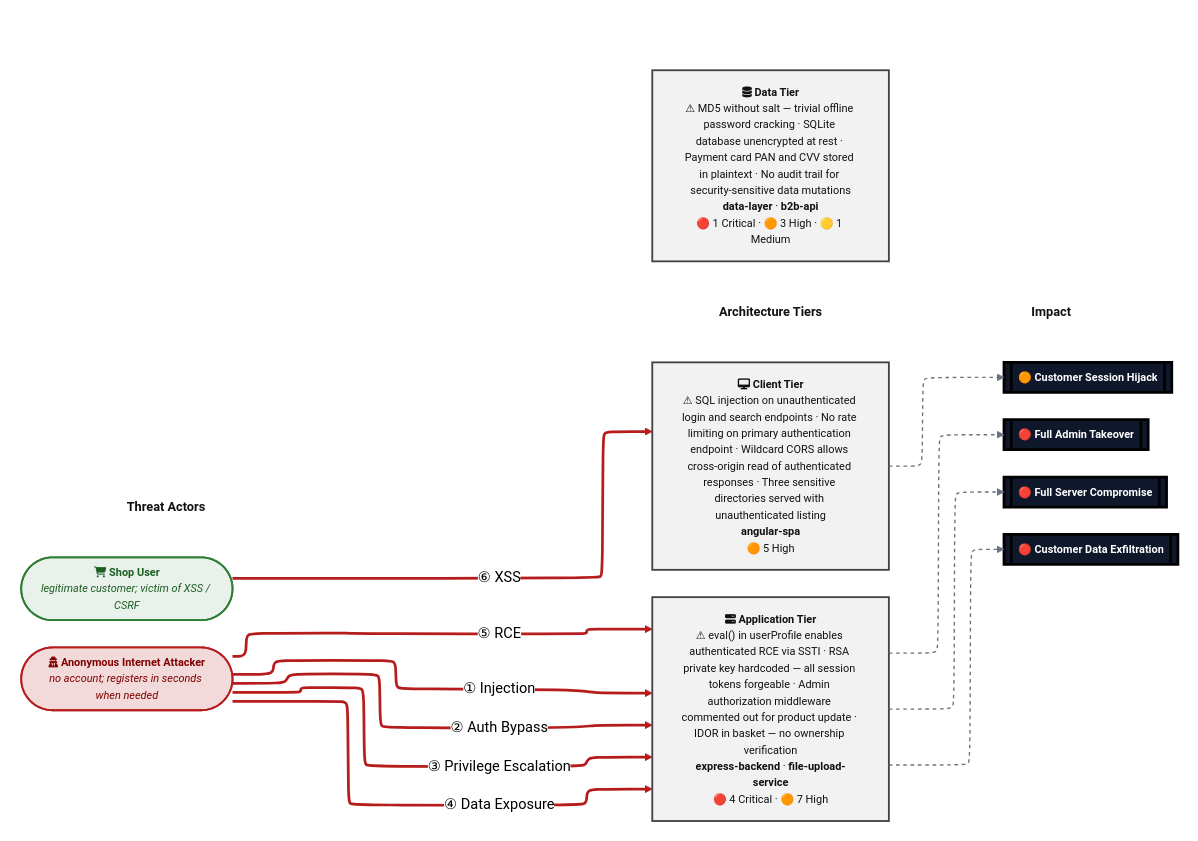
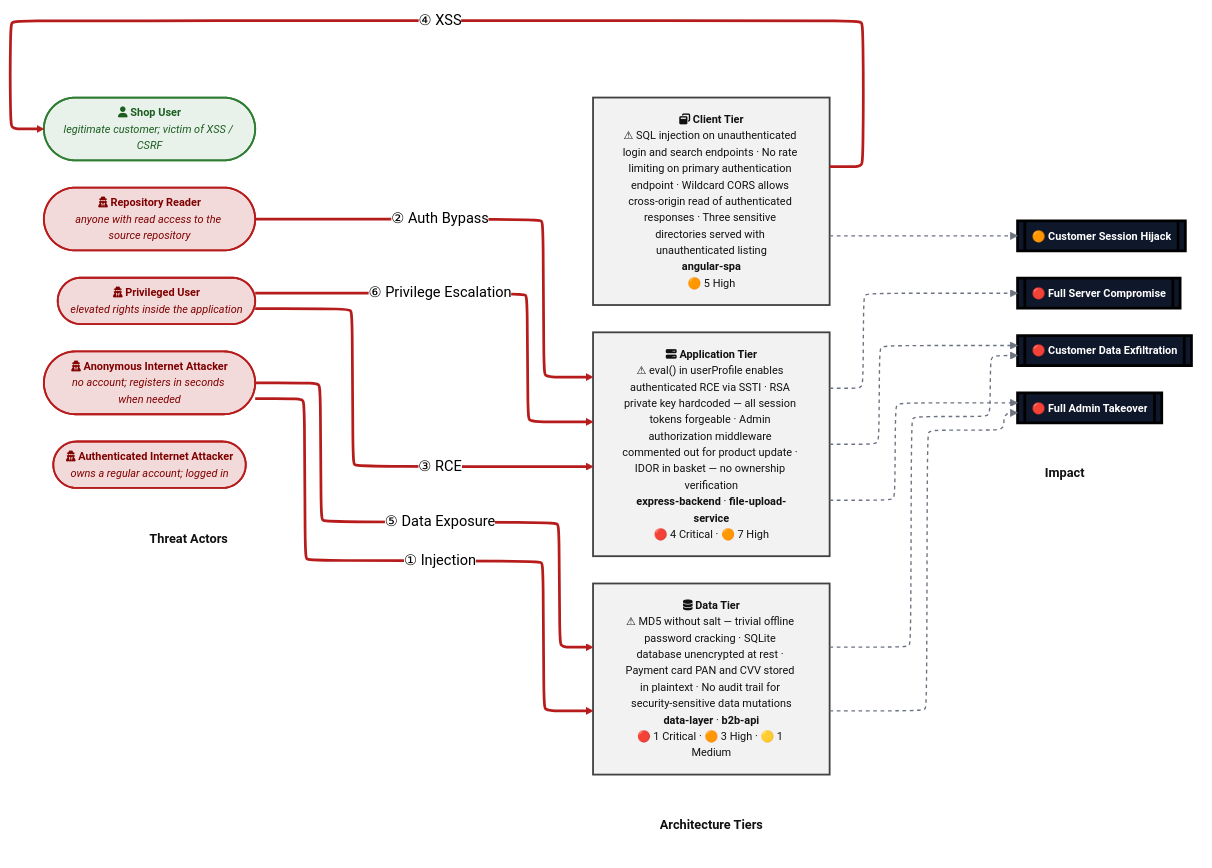
The first of 18 diagrams in examples/threat-modeler/threat-mode-juice-shop-standard.md (appsec-foundry/appsec-advisor), drawn with Mermaid (neutral theme) before and after one commit. The commit also changed other lines of this file and 9 other files, not shown here.

Commit message:
mermaid diagrams improved

````diff
--- a/examples/threat-modeler/threat-mode-juice-shop-standard.md
+++ b/examples/threat-modeler/threat-mode-juice-shop-standard.md
@@ -98,74 +98,79 @@
 ```mermaid
 %%{init: {"flowchart": {"defaultRenderer": "elk", "nodeSpacing": 40, "rankSpacing": 80}} }%%
 flowchart LR
     subgraph ACTORS[" "]
         direction TB
         HDR_A["<b>Threat Actors</b>"]:::columnHeader
-        SHOPUSER(["<b>fa:fa-shopping-cart Shop User</b><br/><i>legitimate customer; victim of XSS / CSRF</i>"]):::actorShopUser
-        ANON(["<b>fa:fa-user-secret Anonymous Internet Attacker</b><br/><i>no account; registers in seconds when needed</i>"]):::actorAnon
+        SHOPUSER(["fa:fa-user <b>Shop User</b><br/><i>legitimate customer; victim of XSS / CSRF</i>"]):::actorShopUser
+        ANON(["fa:fa-user-secret <b>Anonymous Internet Attacker</b><br/><i>no account; registers in seconds when needed</i>"]):::actorAnon
+        INTERNET_USER(["fa:fa-user-secret <b>Authenticated Internet Attacker</b><br/><i>owns a regular account; logged in</i>"]):::actorAnon
+        INTERNET_PRIV_USER(["fa:fa-user-secret <b>Privileged User</b><br/><i>elevated rights inside the application</i>"]):::actorAnon
+        REPO_READ(["fa:fa-user-secret <b>Repository Reader</b><br/><i>anyone with read access to the source repository</i>"]):::actorAnon
     end
 
     subgraph TIERS[" "]
         direction TB
         HDR_T["<b>Architecture Tiers</b>"]:::columnHeader
-        BROWSER["<b>fa:fa-desktop Client Tier</b><br/>⚠ SQL injection on unauthenticated login and search endpoints · No rate limiting on primary authentication endpoint · Wildcard CORS allows cross-origin read of authenticated responses · Three sensitive directories served with unauthenticated listing<br/><b>angular-spa</b><br/>🟠 5 High"]:::tierClient
-        SERVER["<b>fa:fa-server Application Tier</b><br/>⚠ eval() in userProfile enables authenticated RCE via SSTI · RSA private key hardcoded — all session tokens forgeable · Admin authorization middleware commented out for product update · IDOR in basket — no ownership verification<br/><b>express-backend</b> · <b>file-upload-service</b><br/>🔴 4 Critical · 🟠 7 High"]:::tierApp
-        DATA["<b>fa:fa-database Data Tier</b><br/>⚠ MD5 without salt — trivial offline password cracking · SQLite database unencrypted at rest · Payment card PAN and CVV stored in plaintext · No audit trail for security-sensitive data mutations<br/><b>data-layer</b> · <b>b2b-api</b><br/>🔴 1 Critical · 🟠 3 High · 🟡 1 Medium"]:::tierData
+        BROWSER["fa:fa-window-restore <b>Client Tier</b><br/>⚠ SQL injection on unauthenticated login and search endpoints · No rate limiting on primary authentication endpoint · Wildcard CORS allows cross-origin read of authenticated responses · Three sensitive directories served with unauthenticated listing<br/><b>angular-spa</b><br/>🟠 5 High"]:::tierClient
+        SERVER["fa:fa-server <b>Application Tier</b><br/>⚠ eval() in userProfile enables authenticated RCE via SSTI · RSA private key hardcoded — all session tokens forgeable · Admin authorization middleware commented out for product update · IDOR in basket — no ownership verification<br/><b>express-backend</b> · <b>file-upload-service</b><br/>🔴 4 Critical · 🟠 7 High"]:::tierApp
+        DATA["fa:fa-database <b>Data Tier</b><br/>⚠ MD5 without salt — trivial offline password cracking · SQLite database unencrypted at rest · Payment card PAN and CVV stored in plaintext · No audit trail for security-sensitive data mutations<br/><b>data-layer</b> · <b>b2b-api</b><br/>🔴 1 Critical · 🟠 3 High · 🟡 1 Medium"]:::tierData
     end
 
     subgraph IMPACT[" "]
         direction TB
         HDR_I["<b>Impact</b>"]:::columnHeader
         CUSTOMER_SESSION_HIJACK[["🟠 <b>Customer Session Hijack</b>"]]:::impact
         FULL_ADMIN_TAKEOVER[["🔴 <b>Full Admin Takeover</b>"]]:::impact
         FULL_SERVER_COMPROMISE[["🔴 <b>Full Server Compromise</b>"]]:::impact
         CUSTOMER_DATA_EXFILTRATION[["🔴 <b>Customer Data Exfiltration</b>"]]:::impact
     end
 
     %% Invisible alignment hints. Two purposes:
     %%   (a) keep the per-component alignment edges (e.g. SHOPUSER --- BROWSER,
     %%       ANON --- SERVER) so attack arrows route horizontally without
     %%       crossing tier boxes;
     %%   (b) chain the three column headers (HDR_A, HDR_T, HDR_I) across
     %%       subgraph boundaries so ELK pins them on the same Y line.
     HDR_A --- HDR_T
     HDR_T --- HDR_I
     SHOPUSER --- BROWSER
     ANON --- SERVER
 
     %% Attack arrows
-    ANON ==>|" ① Injection "| SERVER
-    ANON ==>|" ② Auth Bypass "| SERVER
-    ANON ==>|" ③ Privilege Escalation "| SERVER
-    ANON ==>|" ④ Data Exposure "| SERVER
-    ANON ==>|" ⑤ RCE "| SERVER
-    SHOPUSER ==>|" ⑥ XSS "| BROWSER
+    ANON ==>|" ① Injection "| DATA
+    REPO_READ ==>|" ② Auth Bypass "| SERVER
+    INTERNET_PRIV_USER ==>|" ③ RCE "| SERVER
+    BROWSER ==>|" ④ XSS "| SHOPUSER
+    ANON ==>|" ⑤ Data Exposure "| DATA
+    INTERNET_PRIV_USER ==>|" ⑥ Privilege Escalation "| SERVER
 
     %% Consequence arrows (tier → business impact, all LR-forward)
+    DATA -.-> FULL_ADMIN_TAKEOVER
+    DATA -.-> CUSTOMER_DATA_EXFILTRATION
+    SERVER -.-> FULL_ADMIN_TAKEOVER
     SERVER -.-> CUSTOMER_DATA_EXFILTRATION
-    SERVER -.-> FULL_ADMIN_TAKEOVER
     SERVER -.-> FULL_SERVER_COMPROMISE
     BROWSER -.-> CUSTOMER_SESSION_HIJACK
 
     %% Subgraph frames invisible — column headers are emitted as the
     %% FIRST node of each subgraph (HDR_A / HDR_T / HDR_I) and pinned
     %% on the same Y line by the cross-subgraph alignment edges above.
     style ACTORS fill:none,stroke:none
     style TIERS  fill:none,stroke:none
     style IMPACT fill:none,stroke:none
 
     classDef tierClient fill:#f2f2f2,stroke:#424242,color:#111,stroke-width:2px,font-size:12px
     classDef tierApp    fill:#f2f2f2,stroke:#424242,color:#111,stroke-width:2px,font-size:12px
     classDef tierData   fill:#f2f2f2,stroke:#424242,color:#111,stroke-width:2px,font-size:12px
 
     classDef actorAnon     fill:#f3dada,stroke:#b71c1c,color:#7f0000,stroke-width:2px,font-size:12px
     classDef actorShopUser fill:#e8f1ea,stroke:#2e7d32,color:#1b5e20,stroke-width:2px,font-size:12px
     classDef impact        fill:#0f172a,stroke:#000,color:#fff,stroke-width:3px,font-size:12px
 
     classDef columnHeader  fill:none,stroke:none,color:#111,font-size:14px
 
     linkStyle 0,1,2,3     stroke:transparent,stroke-width:0px
     linkStyle 4,5,6,7,8,9     stroke:#b71c1c,stroke-width:3px
-    linkStyle 10,11,12,13     stroke:#6b7280,stroke-width:1.5px,stroke-dasharray:4
+    linkStyle 10,11,12,13,14,15     stroke:#6b7280,stroke-width:1.5px,stroke-dasharray:4
 
 ```
````
